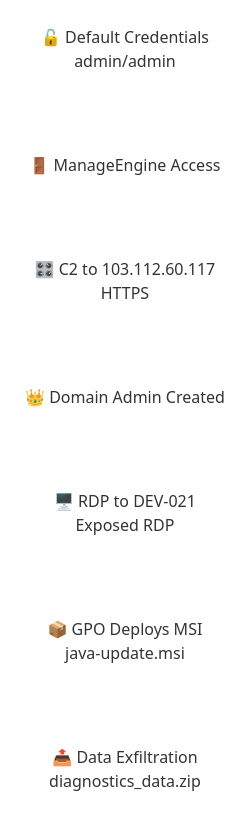
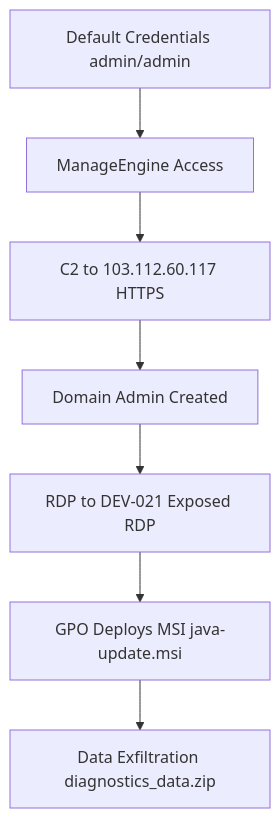
Before and after one commit to manojxshrestha/SOC-Analyst-Cheatsheet: diagram 22 of 29 in 1-Incident-Handling-Process/README.md, drawn with Mermaid. The commit also changed other lines of this file, not shown here.

````diff
--- a/1-Incident-Handling-Process/README.md
+++ b/1-Incident-Handling-Process/README.md
@@ -885,13 +780,9 @@
 ```mermaid
-%%{init: {'theme': 'base', 'themeVariables': { 'lineColor': '#fff', 'nodeBorder': '#fff'}}}%%
-graph TD
-    A(🔓 Default Credentials<br/>admin/admin) --> B(🚪 ManageEngine Access)
-    B --> C(🎛️ C2 to 103.112.60.117<br/>HTTPS)
-    C --> D(👑 Domain Admin Created)
-    D --> E(🖥️ RDP to DEV-021<br/>Exposed RDP)
-    E --> F(📦 GPO Deploys MSI<br/>java-update.msi)
-    F --> G(📤 Data Exfiltration<br/>diagnostics_data.zip)
-    
-    classDef attack fill:#fff,stroke:#fff,stroke-width:2px,rx:8,ry:8,color:#333;
-    class A,B,C,D,E,F,G attack;
+flowchart TD
+    A[Default Credentials admin/admin] --> B[ManageEngine Access]
+    B --> C[C2 to 103.112.60.117 HTTPS]
+    C --> D[Domain Admin Created]
+    D --> E[RDP to DEV-021 Exposed RDP]
+    E --> F[GPO Deploys MSI java-update.msi]
+    F --> G[Data Exfiltration diagnostics_data.zip]
 ```
````
